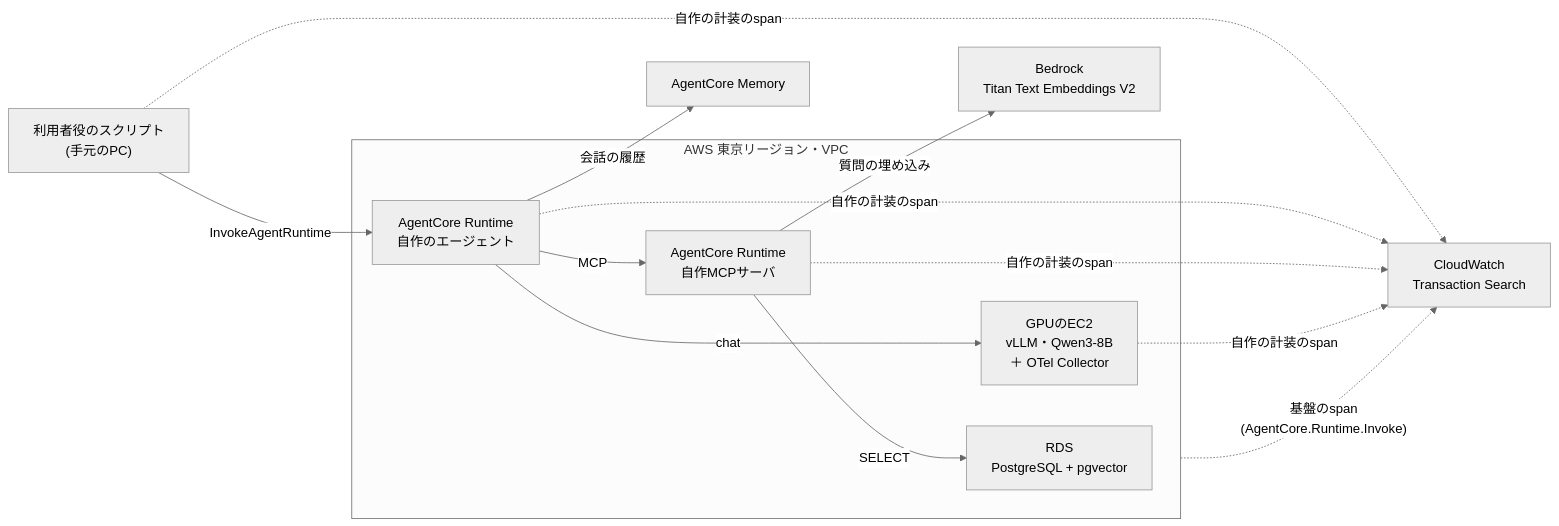
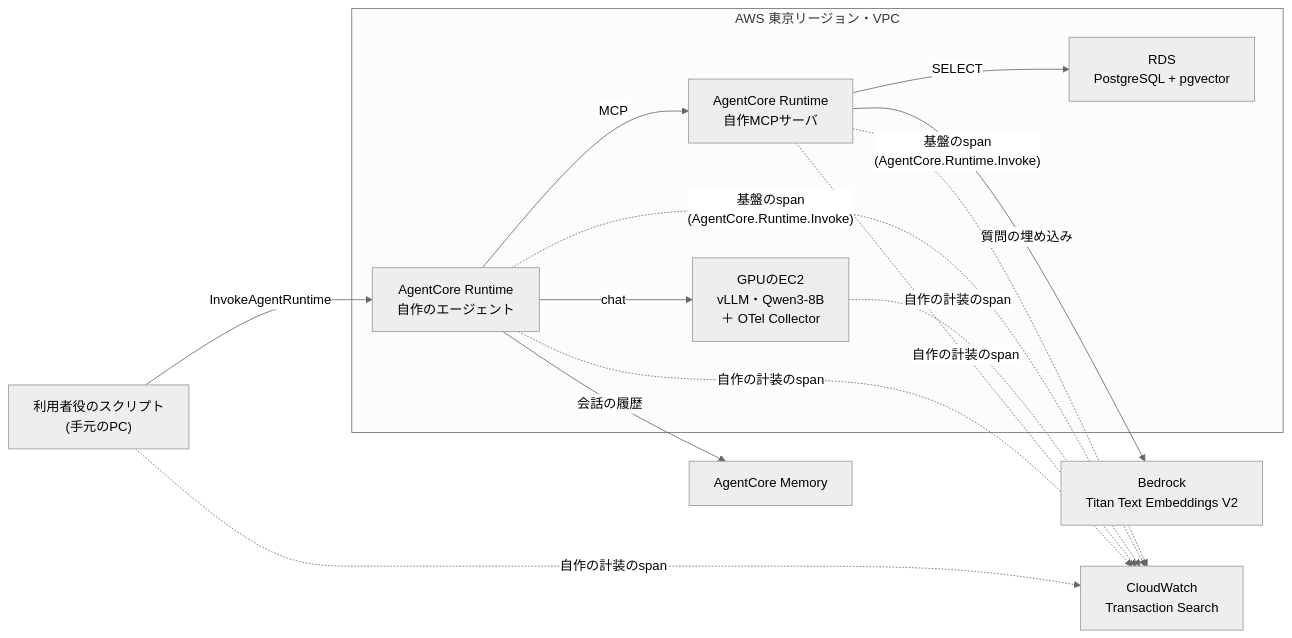
The second of 2 diagrams in README.md (yuya0408/agent-latency-tracer), drawn with Mermaid (neutral theme) before and after one commit.

Commit message:
docs: draw the platform spans from the two Runtimes, not from the VPC box

````diff
--- a/README.md
+++ b/README.md
@@ -99,17 +99,17 @@
 ```mermaid
 flowchart LR
   U["利用者役のスクリプト<br/>(手元のPC)"] -->|"InvokeAgentRuntime"| AG
   subgraph VPC["AWS 東京リージョン・VPC"]
     AG["AgentCore Runtime<br/>自作のエージェント"]
     LLM["GPUのEC2<br/>vLLM・Qwen3-8B<br/>＋ OTel Collector"]
     MCP["AgentCore Runtime<br/>自作MCPサーバ"]
     DB["RDS<br/>PostgreSQL + pgvector"]
     AG -->|"chat"| LLM
     AG -->|"MCP"| MCP
     MCP -->|"SELECT"| DB
   end
   AG -->|"会話の履歴"| MEM["AgentCore Memory"]
   MCP -->|"質問の埋め込み"| TI["Bedrock<br/>Titan Text Embeddings V2"]
   U & AG & MCP & LLM -.->|"自作の計装のspan"| CW["CloudWatch<br/>Transaction Search"]
-  VPC -.->|"基盤のspan<br/>(AgentCore.Runtime.Invoke)"| CW
+  AG & MCP -.->|"基盤のspan<br/>(AgentCore.Runtime.Invoke)"| CW
 ```
````
